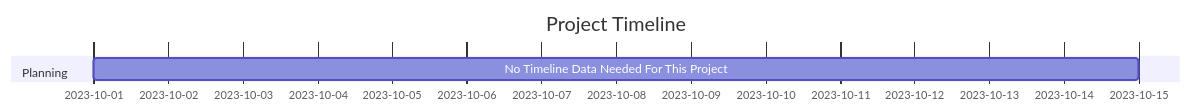
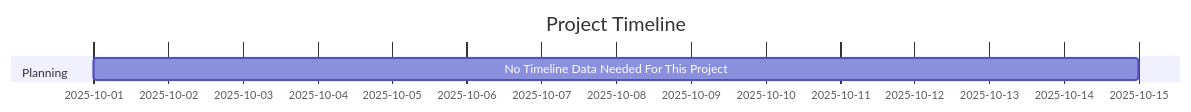
The diagram in docs/sow.md (Mccullahz/go-getta-job), drawn with Mermaid before and after one commit. The commit also changed other lines of this file, not shown here.

Commit message:
adjust sow to more closely follow how this project has developed over these past months

````diff
--- a/docs/sow.md
+++ b/docs/sow.md
@@ -56,7 +56,7 @@
 ```mermaid
 gantt
 title Project Timeline
 dateFormat  YYYY-MM-DD
 section Planning
-    No Timeline Data Needed For This Project      :a1, 2023-10-01, 2w
+    No Timeline Data Needed For This Project      :a1, 2025-10-01, 2w
 ```
````
